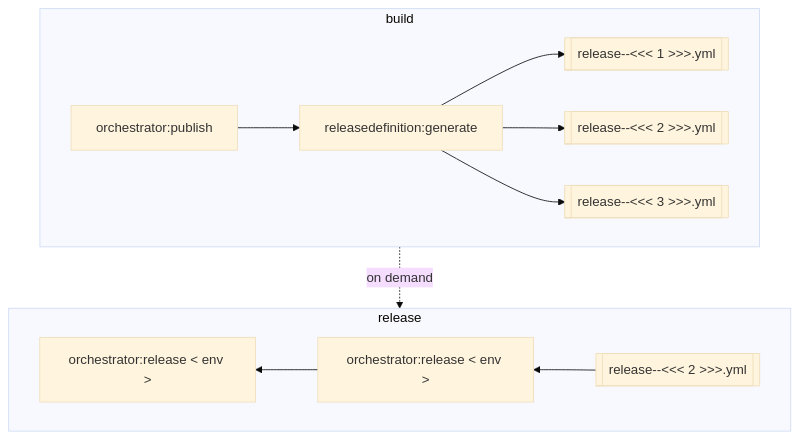
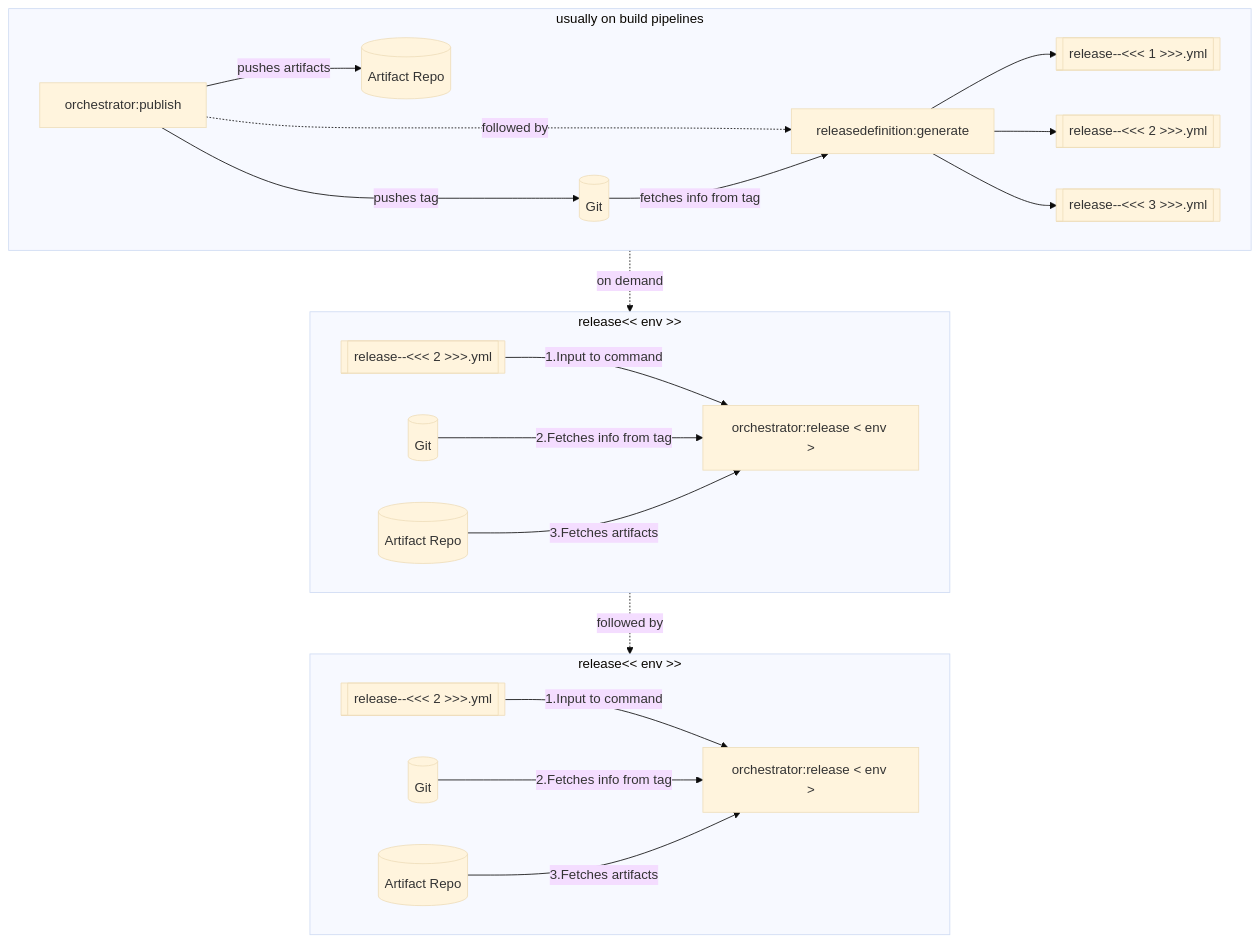
Before and after one commit to dxatscale/sfpowerscripts: the diagram in decision records/release/006-release-defn-generator.md, drawn with Mermaid (base theme). The commit also changed other lines of this file, not shown here.

Commit message:
add more details

````diff
--- a/decision records/release/006-release-defn-generator.md
+++ b/decision records/release/006-release-defn-generator.md
@@ -15,18 +15,33 @@
 ```mermaid
 flowchart TD
 
-subgraph ZA["build"]
+subgraph ZA["usually on build pipelines"]
 direction LR
-  A[orchestrator:publish] --> B[releasedefinition:generate]
+  A--pushes artifacts-->id4[(Artifact Repo)]
+  A[orchestrator:publish] -.followed by.-> B[releasedefinition:generate]
   B --> C[[release--<<< 1 >>>.yml]]
   B --> D[[release--<<< 2 >>>.yml]]
   B --> E[[release--<<< 3 >>>.yml]]
+  A--pushes tag--->id1
+  id1[(Git)]--fetches info from tag--> B
+ 
 end
 
-subgraph ZB["release"]
-direction RL
-    F[[release--<<< 2 >>>.yml]]-->G[orchestrator:release < env >]-->H[orchestrator:release < env >]
+subgraph ZB["release<< env >>"]
+direction LR
+   
+    F[[release--<<< 2 >>>.yml]]-- 1.Input to command -->G[orchestrator:release < env >]
+    id2[(Git)]--2.Fetches info from tag--> G
+    id3[(Artifact Repo)]--3.Fetches artifacts--> G  
 end
 
-ZA -.on demand.-> ZB
+subgraph ZC["release<< env >>"]
+direction LR
+   
+    F1[[release--<<< 2 >>>.yml]]-- 1.Input to command -->G1[orchestrator:release < env >]
+    id21[(Git)]--2.Fetches info from tag--> G1
+    id31[(Artifact Repo)]--3.Fetches artifacts--> G1
+end
+
+ZA -.on demand.-> ZB-.followed by.->ZC
 ```
````
